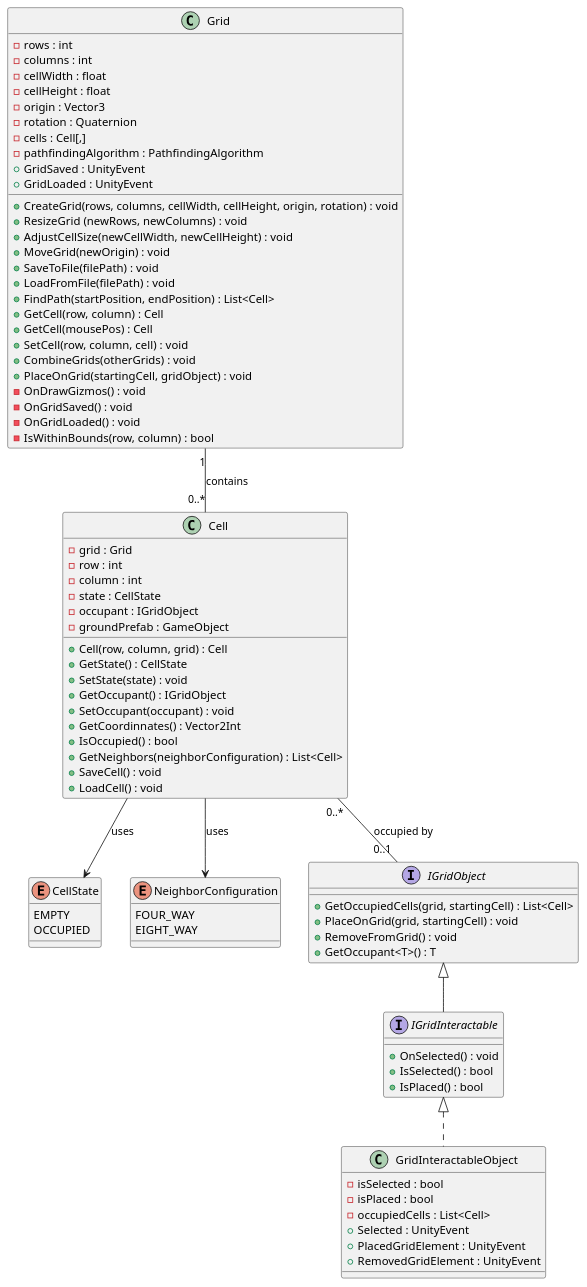
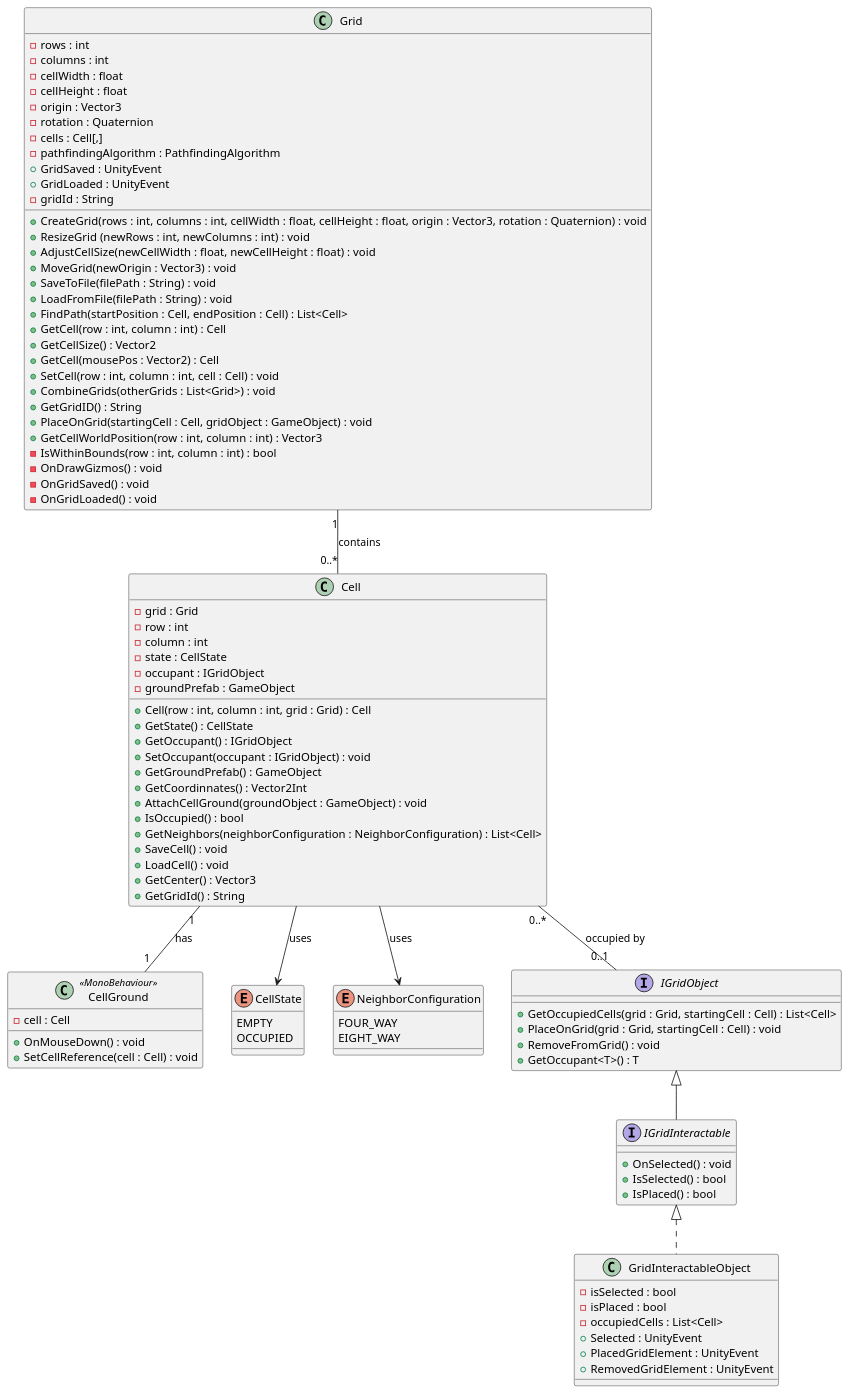
One commit to CarGAnd/FactoryGameJam changed the diagram in UML/GridSystem.puml. Above: the diagram before and after it, drawn with PlantUML. The commit also changed 8 other files, not shown here.

```diff
--- a/UML/GridSystem.puml
+++ b/UML/GridSystem.puml
@@ -1,92 +1,106 @@
 @startuml GridSystem
 
 class Grid{
     - rows : int
     - columns : int
     - cellWidth : float
     - cellHeight : float
     - origin : Vector3
     - rotation : Quaternion
     - cells : Cell[,]
     - pathfindingAlgorithm : PathfindingAlgorithm
     + GridSaved : UnityEvent
     + GridLoaded : UnityEvent
+    - gridId : String
 
-
-    + CreateGrid(rows, columns, cellWidth, cellHeight, origin, rotation) : void
-    + ResizeGrid (newRows, newColumns) : void
-    + AdjustCellSize(newCellWidth, newCellHeight) : void
-    + MoveGrid(newOrigin) : void
-    + SaveToFile(filePath) : void
-    + LoadFromFile(filePath) : void
-    + FindPath(startPosition, endPosition) : List<Cell>
-    + GetCell(row, column) : Cell
-    + GetCell(mousePos) : Cell
-    + SetCell(row, column, cell) : void
-    + CombineGrids(otherGrids) : void
-    + PlaceOnGrid(startingCell, gridObject) : void
+    + CreateGrid(rows : int, columns : int, cellWidth : float, cellHeight : float, origin : Vector3, rotation : Quaternion) : void
+    + ResizeGrid (newRows : int, newColumns : int) : void
+    + AdjustCellSize(newCellWidth : float, newCellHeight : float) : void
+    + MoveGrid(newOrigin : Vector3) : void
+    + SaveToFile(filePath : String) : void
+    + LoadFromFile(filePath : String) : void
+    + FindPath(startPosition : Cell, endPosition : Cell) : List<Cell>
+    + GetCell(row : int, column : int) : Cell
+    + GetCellSize() : Vector2
+    + GetCell(mousePos : Vector2) : Cell
+    + SetCell(row : int, column : int, cell : Cell) : void
+    + CombineGrids(otherGrids : List<Grid>) : void
+    + GetGridID() : String
+    + PlaceOnGrid(startingCell : Cell, gridObject : GameObject) : void
+    + GetCellWorldPosition(row : int, column : int) : Vector3
+    - IsWithinBounds(row : int, column : int) : bool
     - OnDrawGizmos() : void
     - OnGridSaved() : void
     - OnGridLoaded() : void
-    - IsWithinBounds(row, column) : bool
 }
 
 class Cell {
     - grid : Grid
     - row : int
     - column : int
     - state : CellState
     - occupant : IGridObject
     - groundPrefab : GameObject
 
-    + Cell(row, column, grid) : Cell
+    + Cell(row : int, column : int, grid : Grid) : Cell
     + GetState() : CellState
-    + SetState(state) : void
     + GetOccupant() : IGridObject
-    + SetOccupant(occupant) : void
+    + SetOccupant(occupant : IGridObject) : void
+    + GetGroundPrefab() : GameObject
     + GetCoordinnates() : Vector2Int
+    + AttachCellGround(groundObject : GameObject) : void
     + IsOccupied() : bool
-    + GetNeighbors(neighborConfiguration) : List<Cell>
+    + GetNeighbors(neighborConfiguration : NeighborConfiguration) : List<Cell>
     + SaveCell() : void
     + LoadCell() : void
+    + GetCenter() : Vector3
+    + GetGridId() : String
+}
+
+class CellGround <<MonoBehaviour>> {
+    - cell : Cell
+    
+    + OnMouseDown() : void
+    + SetCellReference(cell : Cell) : void
 }
 
 enum CellState {
     EMPTY
     OCCUPIED
 }
 
 enum NeighborConfiguration{
     FOUR_WAY
     EIGHT_WAY
 }
 
 interface IGridObject {
-    + GetOccupiedCells(grid, startingCell) : List<Cell>
-    + PlaceOnGrid(grid, startingCell) : void
+    + GetOccupiedCells(grid : Grid, startingCell : Cell) : List<Cell>
+    + PlaceOnGrid(grid : Grid, startingCell : Cell) : void
     + RemoveFromGrid() : void
     + GetOccupant<T>() : T
 }
 
 interface IGridInteractable extends IGridObject {
     + OnSelected() : void
     + IsSelected() : bool
     + IsPlaced() : bool
 
 }
 
 class GridInteractableObject implements IGridInteractable {
     - isSelected : bool
     - isPlaced : bool
     - occupiedCells : List<Cell>
     + Selected : UnityEvent
     + PlacedGridElement : UnityEvent
     + RemovedGridElement : UnityEvent	
 }
 
 Cell --> CellState : uses
 Cell --> NeighborConfiguration : uses
+Cell "1" -- "1" CellGround : has
+Cell "0..*" -- "0..1" IGridObject : occupied by
 Grid "1" -- "0..*" Cell : contains
-Cell "0..*" -- "0..1" IGridObject : occupied by
 
 @enduml
```
